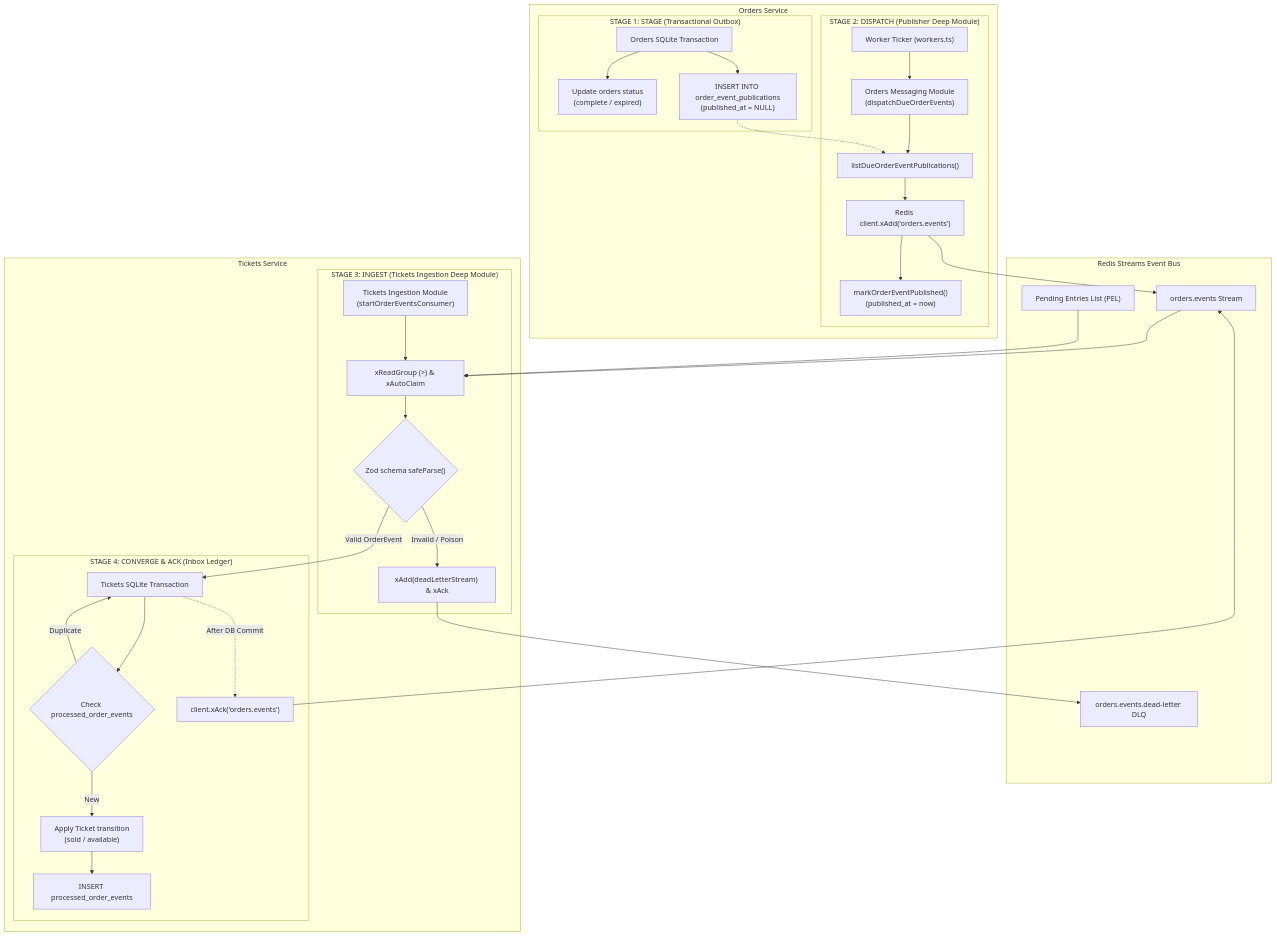
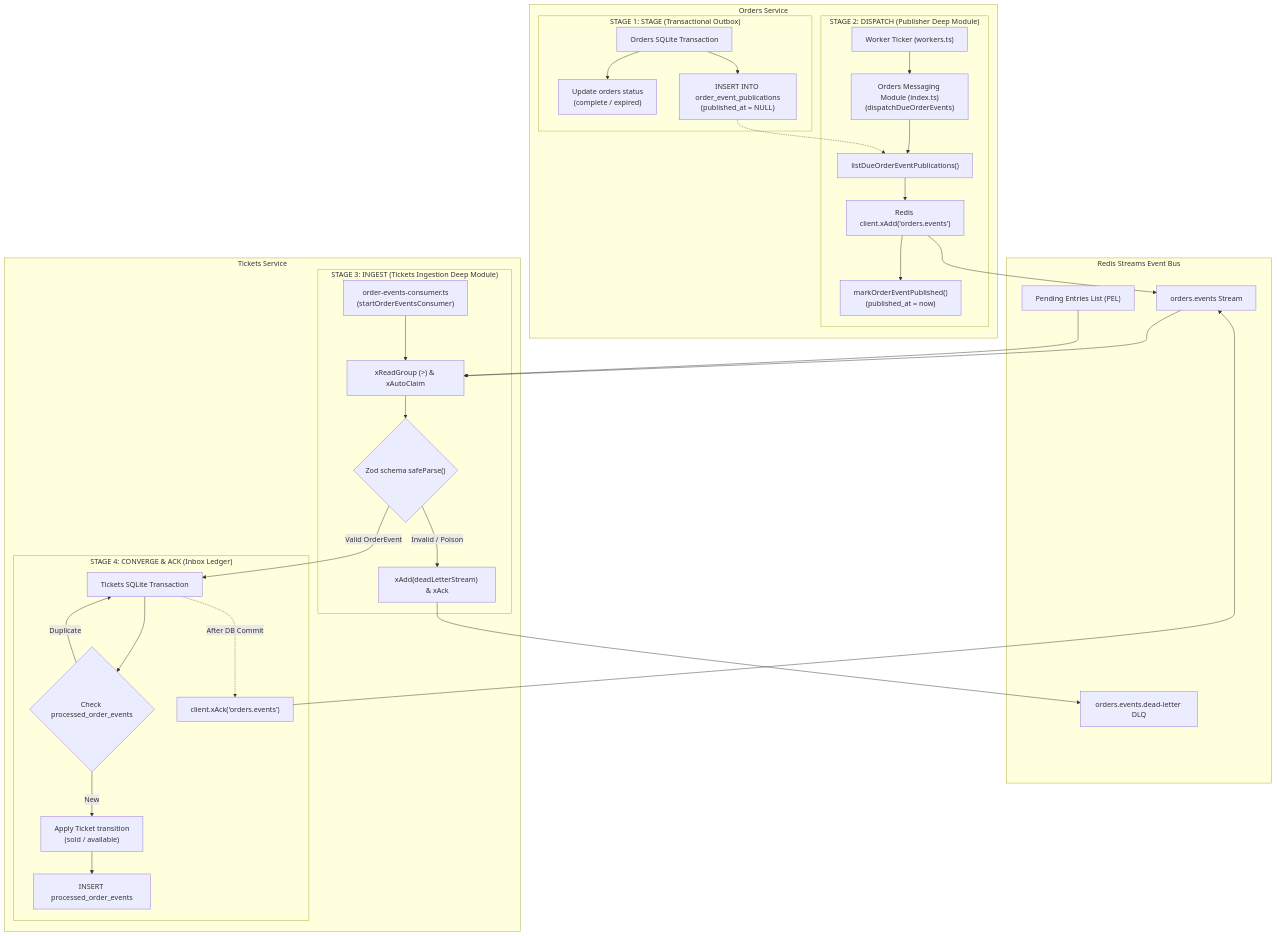
The diagram in docs/messaging-architecture.md (h19overflow/stubhub), drawn with Mermaid before and after one commit. The commit also changed other lines of this file and 2 other files, not shown here.

Commit message:
docs: update messaging architecture and READMEs for deep module boundaries

````diff
--- a/docs/messaging-architecture.md
+++ b/docs/messaging-architecture.md
@@ -29,64 +29,64 @@
 ```mermaid
 flowchart TD
     subgraph OrdersService["Orders Service"]
         subgraph Stage1["STAGE 1: STAGE (Transactional Outbox)"]
             TX["Orders SQLite Transaction"]
             StateChange["Update orders status<br/>(complete / expired)"]
             InsertOutbox["INSERT INTO order_event_publications<br/>(published_at = NULL)"]
             TX --> StateChange
             TX --> InsertOutbox
         end
 
         subgraph Stage2["STAGE 2: DISPATCH (Publisher Deep Module)"]
             WorkerLoop["Worker Ticker (workers.ts)"]
-            MessagingModule["Orders Messaging Module<br/>(dispatchDueOrderEvents)"]
+            MessagingModule["Orders Messaging Module (index.ts)<br/>(dispatchDueOrderEvents)"]
             OutboxRepo["listDueOrderEventPublications()"]
             XAdd["Redis client.xAdd('orders.events')"]
             MarkPub["markOrderEventPublished()<br/>(published_at = now)"]
             WorkerLoop --> MessagingModule
             MessagingModule --> OutboxRepo
             OutboxRepo --> XAdd
             XAdd --> MarkPub
         end
     end
 
     subgraph RedisBroker["Redis Streams Event Bus"]
         Stream["orders.events Stream"]
         DLQ["orders.events.dead-letter DLQ"]
         PEL["Pending Entries List (PEL)"]
     end
 
     subgraph TicketsService["Tickets Service"]
         subgraph Stage3["STAGE 3: INGEST (Tickets Ingestion Deep Module)"]
-            ConsumerLoop["Tickets Ingestion Module<br/>(startOrderEventsConsumer)"]
+            ConsumerLoop["order-events-consumer.ts<br/>(startOrderEventsConsumer)"]
             Read["xReadGroup (>) & xAutoClaim"]
             Validate{"Zod schema safeParse()"}
             Poison["xAdd(deadLetterStream) & xAck"]
             ConsumerLoop --> Read
             Read --> Validate
             Validate -- "Invalid / Poison" --> Poison
         end
 
         subgraph Stage4["STAGE 4: CONVERGE & ACK (Inbox Ledger)"]
             TicketsTX["Tickets SQLite Transaction"]
             CheckLedger{"Check processed_order_events"}
             Converge["Apply Ticket transition<br/>(sold / available)"]
             RecordLedger["INSERT processed_order_events"]
             XAck["client.xAck('orders.events')"]
 
             Validate -- "Valid OrderEvent" --> TicketsTX
             TicketsTX --> CheckLedger
             CheckLedger -- "New" --> Converge
             CheckLedger -- "Duplicate" --> TicketsTX
             Converge --> RecordLedger
             TicketsTX -.->|"After DB Commit"| XAck
         end
     end
 
     InsertOutbox -.-> OutboxRepo
     XAdd --> Stream
     Poison --> DLQ
     Stream --> Read
     PEL --> Read
     XAck --> Stream
 ```
````
